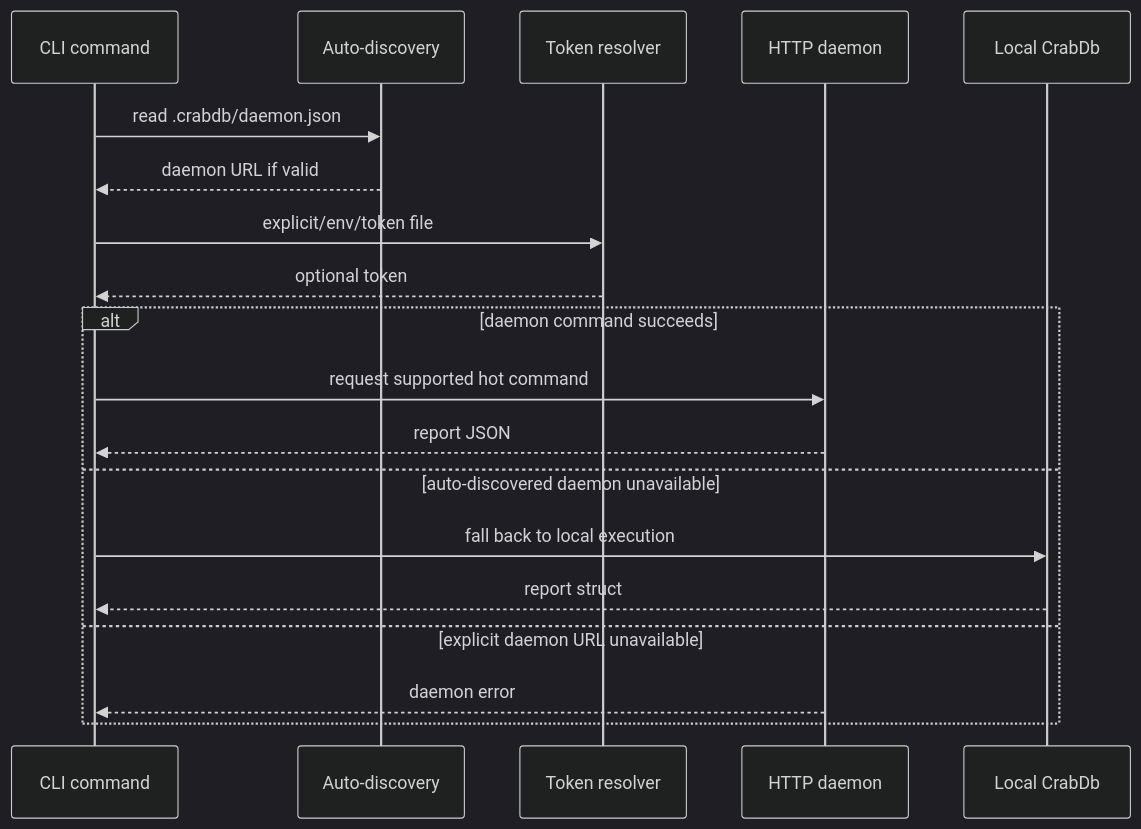
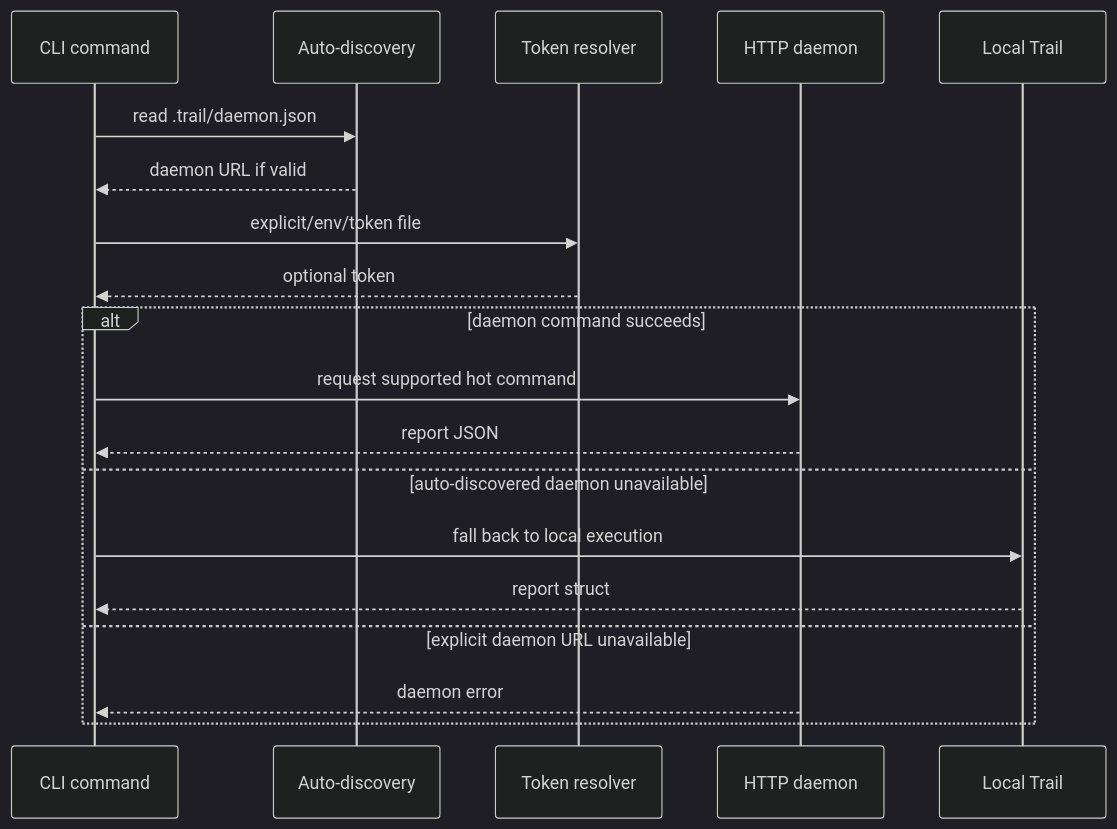
Before and after one commit to crabbuild/trail: the third of 4 diagrams in docs/design/daemon-http-and-mcp.md, drawn with Mermaid (dark theme). The commit also changed other lines of this file and 650 other files, not shown here.

Commit message:
chore: rename CrabDB to Trail

````diff
--- a/docs/design/daemon-http-and-mcp.md
+++ b/docs/design/daemon-http-and-mcp.md
@@ -269,22 +269,22 @@
 ```mermaid
 sequenceDiagram
     participant CLI as CLI command
     participant Discovery as Auto-discovery
     participant Token as Token resolver
     participant Daemon as HTTP daemon
-    participant Local as Local CrabDb
+    participant Local as Local Trail
 
-    CLI->>Discovery: read .crabdb/daemon.json
+    CLI->>Discovery: read .trail/daemon.json
     Discovery-->>CLI: daemon URL if valid
     CLI->>Token: explicit/env/token file
     Token-->>CLI: optional token
     alt daemon command succeeds
         CLI->>Daemon: request supported hot command
         Daemon-->>CLI: report JSON
     else auto-discovered daemon unavailable
         CLI->>Local: fall back to local execution
         Local-->>CLI: report struct
     else explicit daemon URL unavailable
         Daemon-->>CLI: daemon error
     end
 ```
````
